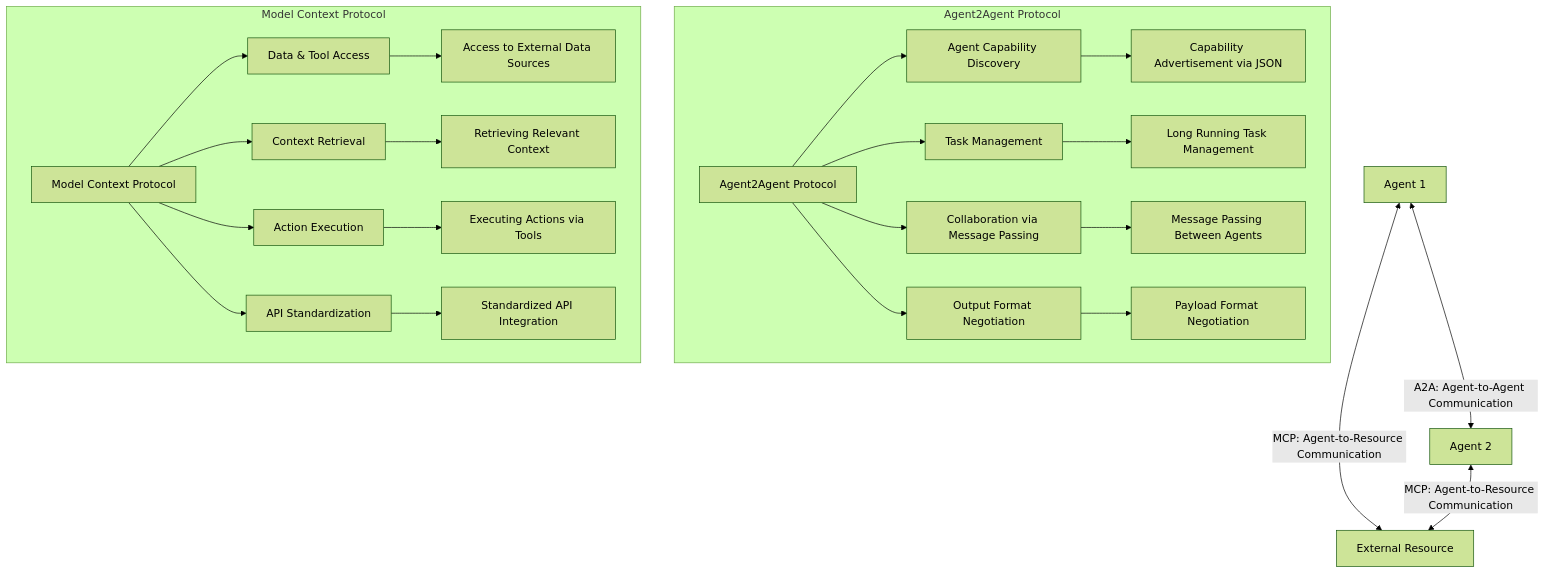
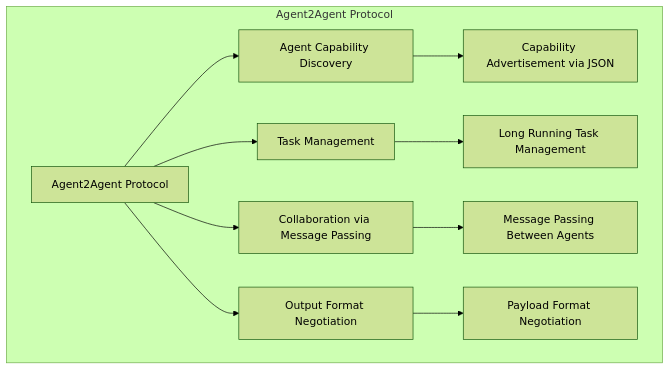
Before and after one commit to saptak/saptak.github.io: the first of 4 diagrams in _posts/2025-04-10-agent2agent-vs-mcp.md, drawn with Mermaid (forest theme).

Commit message:
update flowchart

````diff
--- a/_posts/2025-04-10-agent2agent-vs-mcp.md
+++ b/_posts/2025-04-10-agent2agent-vs-mcp.md
@@ -142,32 +142,15 @@
 ```mermaid
 flowchart TD
     subgraph "Agent2Agent Protocol"
         A2A[Agent2Agent Protocol]
         A2A --> A2A1[Agent Capability Discovery]
         A2A --> A2A2[Task Management]
         A2A --> A2A3[Collaboration via Message Passing]
         A2A --> A2A4[Output Format Negotiation]
         
         A2A1 --> JSON[Capability Advertisement via JSON]
         A2A2 --> LRT[Long Running Task Management]
         A2A3 --> MP[Message Passing Between Agents]
         A2A4 --> Negotiate[Payload Format Negotiation]
     end
-    
-    subgraph "Model Context Protocol"
-        MCP[Model Context Protocol]
-        MCP --> MCP1[Data & Tool Access]
-        MCP --> MCP2[Context Retrieval]
-        MCP --> MCP3[Action Execution]
-        MCP --> MCP4[API Standardization]
-        
-        MCP1 --> Access[Access to External Data Sources]
-        MCP2 --> Context[Retrieving Relevant Context]
-        MCP3 --> Actions[Executing Actions via Tools]
-        MCP4 --> API[Standardized API Integration]
-    end
-    
-    Agent1[Agent 1] <--"A2A: Agent-to-Agent Communication"--> Agent2[Agent 2]
-    Agent1 <--"MCP: Agent-to-Resource Communication"--> Resource[External Resource]
-    Agent2 <--"MCP: Agent-to-Resource Communication"--> Resource
 ```
````
